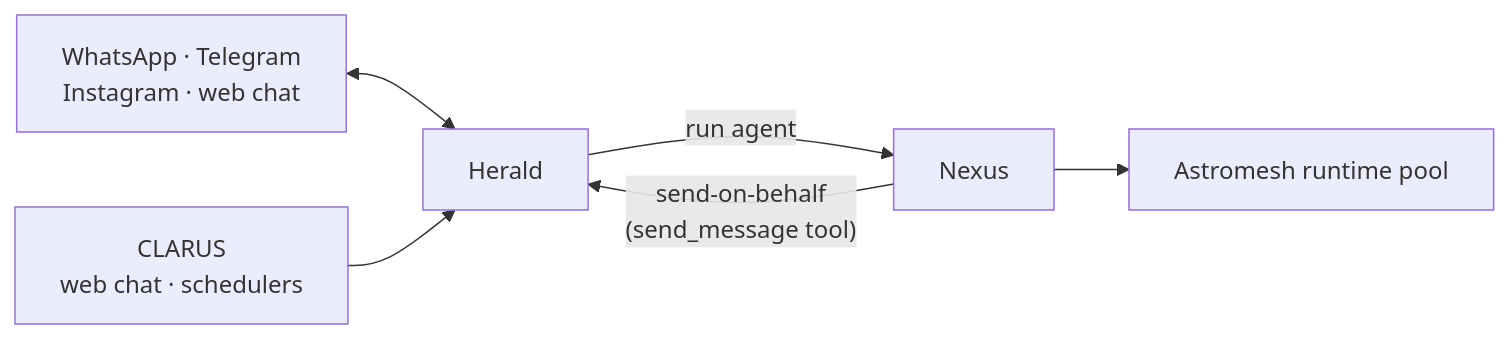
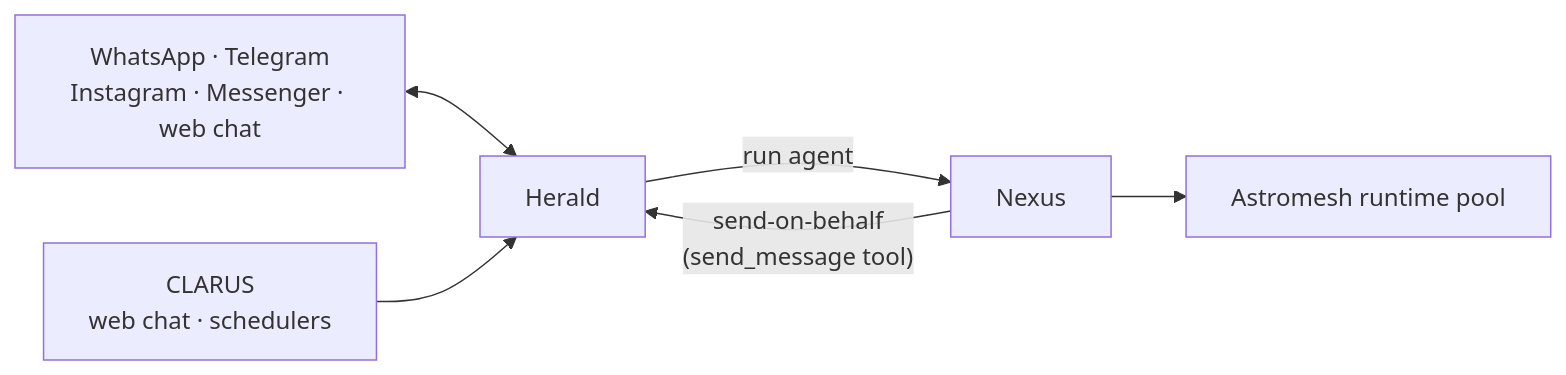
Before and after one commit to monaccode/astromesh: the second of 2 diagrams in docs-site/src/content/docs/herald/introduction.mdx, drawn with Mermaid. The commit also changed other lines of this file and 4 other files, not shown here.

Commit message:
docs(site): Herald Messenger (0.12.0) y Muse Spark Open por OpenRouter (core 0.72)

````diff
--- a/docs-site/src/content/docs/herald/introduction.mdx
+++ b/docs-site/src/content/docs/herald/introduction.mdx
@@ -96,8 +97,8 @@
 ```mermaid
 flowchart LR
-    channels["WhatsApp · Telegram<br/>Instagram · web chat"] <--> herald["Herald"]
+    channels["WhatsApp · Telegram<br/>Instagram · Messenger · web chat"] <--> herald["Herald"]
     clarus["CLARUS<br/>web chat · schedulers"] --> herald
     herald -- "run agent" --> nexus["Nexus"]
     nexus -- "send-on-behalf<br/>(send_message tool)" --> herald
     nexus --> pool["Astromesh runtime pool"]
 ```
````
